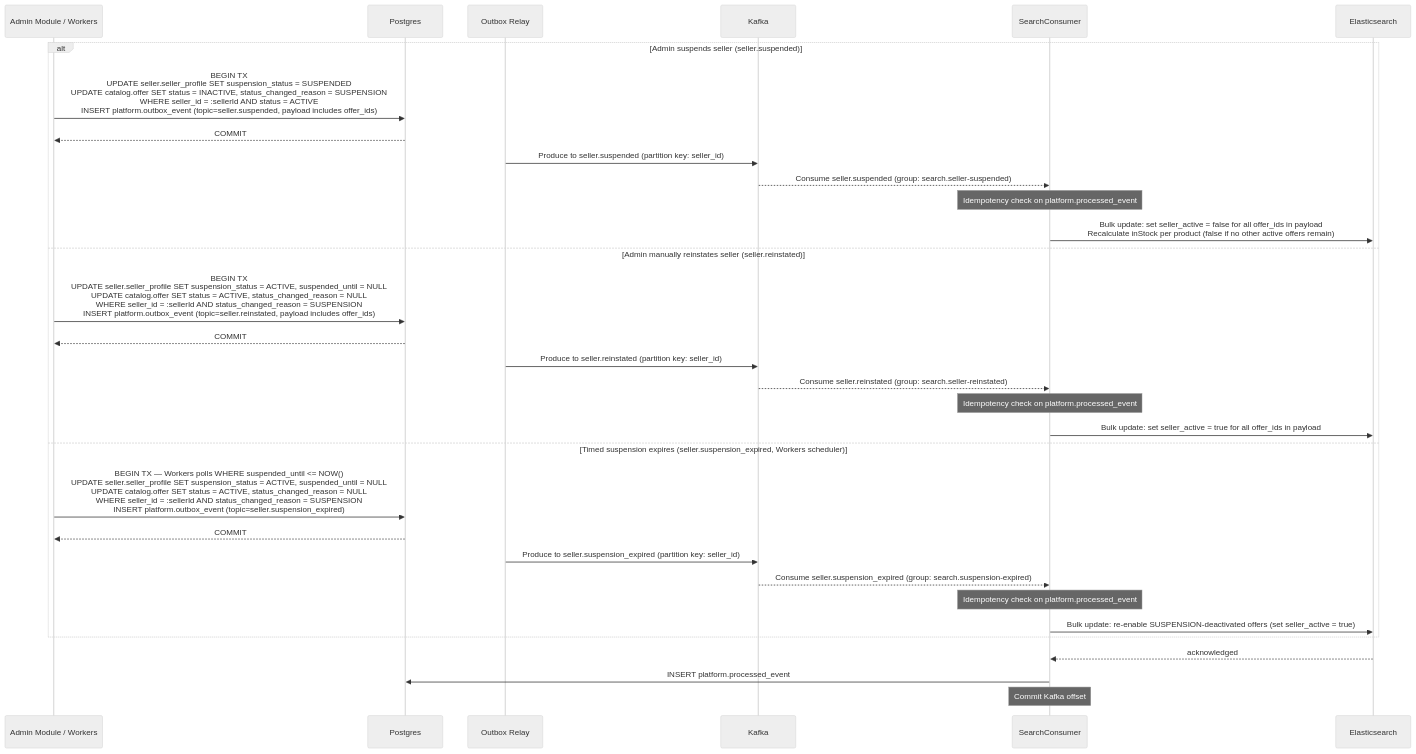
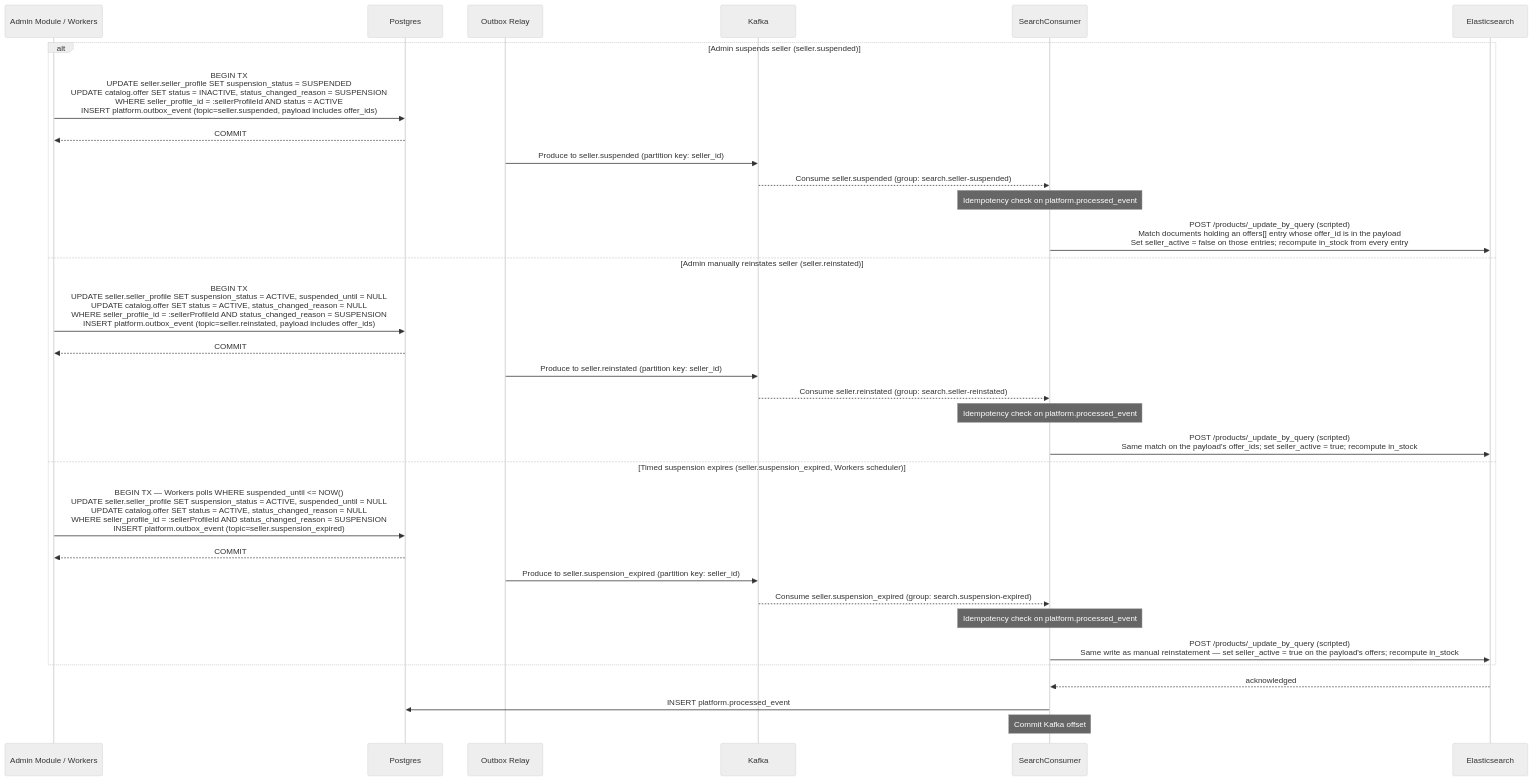
One commit to alisa-uthi/aliceut-ecom-document changed the fifth of 8 diagrams in phase-1/technical-design/api-design/search.md. Above: the diagram before and after it, drawn with Mermaid (neutral theme). The commit also changed other lines of this file and 73 other files, not shown here.

````diff
--- a/phase-1/technical-design/api-design/search.md
+++ b/phase-1/technical-design/api-design/search.md
@@ -255,35 +405,35 @@
 ```mermaid
 sequenceDiagram
     participant Admin as Admin Module / Workers
     participant Postgres
     participant Relay as Outbox Relay
     participant Kafka
     participant Consumer as SearchConsumer
     participant ES as Elasticsearch
 
     alt Admin suspends seller (seller.suspended)
-        Admin->>Postgres: BEGIN TX<br/>UPDATE seller.seller_profile SET suspension_status = SUSPENDED<br/>UPDATE catalog.offer SET status = INACTIVE, status_changed_reason = SUSPENSION<br/>  WHERE seller_id = :sellerId AND status = ACTIVE<br/>INSERT platform.outbox_event (topic=seller.suspended, payload includes offer_ids)
+        Admin->>Postgres: BEGIN TX<br/>UPDATE seller.seller_profile SET suspension_status = SUSPENDED<br/>UPDATE catalog.offer SET status = INACTIVE, status_changed_reason = SUSPENSION<br/>  WHERE seller_profile_id = :sellerProfileId AND status = ACTIVE<br/>INSERT platform.outbox_event (topic=seller.suspended, payload includes offer_ids)
         Postgres-->>Admin: COMMIT
         Relay->>Kafka: Produce to seller.suspended (partition key: seller_id)
         Kafka-->>Consumer: Consume seller.suspended (group: search.seller-suspended)
         Note over Consumer: Idempotency check on platform.processed_event
-        Consumer->>ES: Bulk update: set seller_active = false for all offer_ids in payload<br/>Recalculate inStock per product (false if no other active offers remain)
+        Consumer->>ES: POST /products/_update_by_query (scripted)<br/>Match documents holding an offers[] entry whose offer_id is in the payload<br/>Set seller_active = false on those entries#59; recompute in_stock from every entry
     else Admin manually reinstates seller (seller.reinstated)
-        Admin->>Postgres: BEGIN TX<br/>UPDATE seller.seller_profile SET suspension_status = ACTIVE, suspended_until = NULL<br/>UPDATE catalog.offer SET status = ACTIVE, status_changed_reason = NULL<br/>  WHERE seller_id = :sellerId AND status_changed_reason = SUSPENSION<br/>INSERT platform.outbox_event (topic=seller.reinstated, payload includes offer_ids)
+        Admin->>Postgres: BEGIN TX<br/>UPDATE seller.seller_profile SET suspension_status = ACTIVE, suspended_until = NULL<br/>UPDATE catalog.offer SET status = ACTIVE, status_changed_reason = NULL<br/>  WHERE seller_profile_id = :sellerProfileId AND status_changed_reason = SUSPENSION<br/>INSERT platform.outbox_event (topic=seller.reinstated, payload includes offer_ids)
         Postgres-->>Admin: COMMIT
         Relay->>Kafka: Produce to seller.reinstated (partition key: seller_id)
         Kafka-->>Consumer: Consume seller.reinstated (group: search.seller-reinstated)
         Note over Consumer: Idempotency check on platform.processed_event
-        Consumer->>ES: Bulk update: set seller_active = true for all offer_ids in payload
+        Consumer->>ES: POST /products/_update_by_query (scripted)<br/>Same match on the payload's offer_ids#59; set seller_active = true#59; recompute in_stock
     else Timed suspension expires (seller.suspension_expired, Workers scheduler)
-        Admin->>Postgres: BEGIN TX — Workers polls WHERE suspended_until <= NOW()<br/>UPDATE seller.seller_profile SET suspension_status = ACTIVE, suspended_until = NULL<br/>UPDATE catalog.offer SET status = ACTIVE, status_changed_reason = NULL<br/>  WHERE seller_id = :sellerId AND status_changed_reason = SUSPENSION<br/>INSERT platform.outbox_event (topic=seller.suspension_expired)
+        Admin->>Postgres: BEGIN TX — Workers polls WHERE suspended_until <= NOW()<br/>UPDATE seller.seller_profile SET suspension_status = ACTIVE, suspended_until = NULL<br/>UPDATE catalog.offer SET status = ACTIVE, status_changed_reason = NULL<br/>  WHERE seller_profile_id = :sellerProfileId AND status_changed_reason = SUSPENSION<br/>INSERT platform.outbox_event (topic=seller.suspension_expired)
         Postgres-->>Admin: COMMIT
         Relay->>Kafka: Produce to seller.suspension_expired (partition key: seller_id)
         Kafka-->>Consumer: Consume seller.suspension_expired (group: search.suspension-expired)
         Note over Consumer: Idempotency check on platform.processed_event
-        Consumer->>ES: Bulk update: re-enable SUSPENSION-deactivated offers (set seller_active = true)
+        Consumer->>ES: POST /products/_update_by_query (scripted)<br/>Same write as manual reinstatement — set seller_active = true on the payload's offers#59; recompute in_stock
     end
     ES-->>Consumer: acknowledged
     Consumer->>Postgres: INSERT platform.processed_event
     Note over Consumer: Commit Kafka offset
 ```
````
